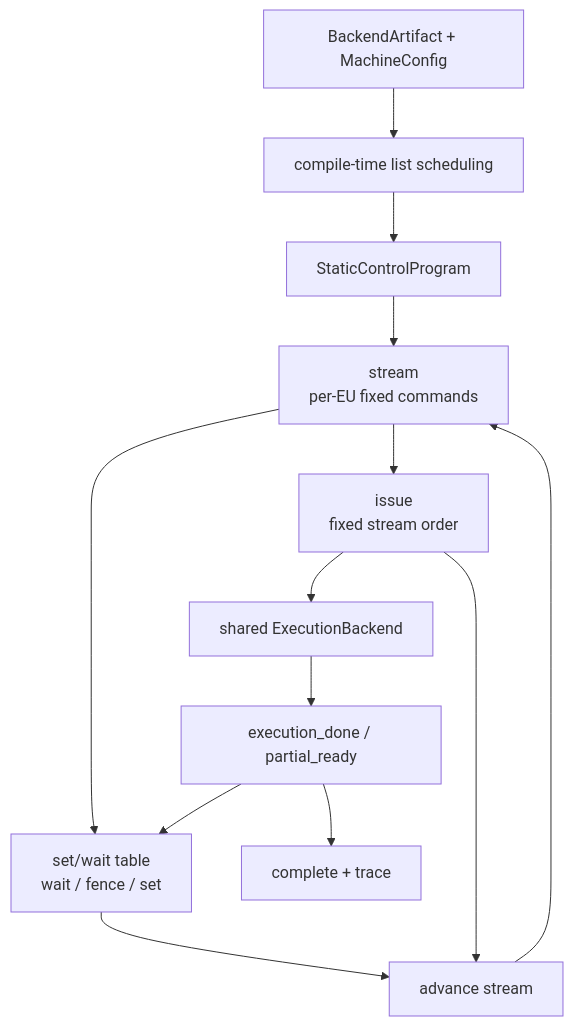
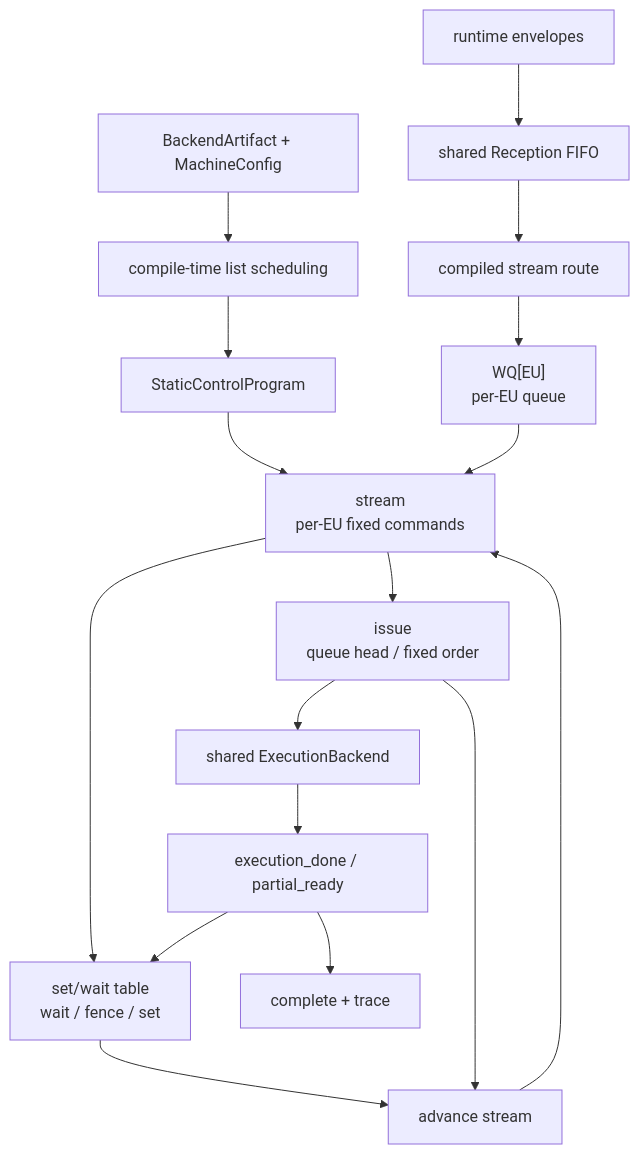
Before and after one commit to cxjiang-bk/npu-ooo-simulator: the third of 4 diagrams in docs/architecture/scheduler.md, drawn with Mermaid. The commit also changed other lines of this file and 25 other files, not shown here.

````diff
--- a/docs/architecture/scheduler.md
+++ b/docs/architecture/scheduler.md
@@ -208,15 +209,19 @@
 ```mermaid
 flowchart TB
     INPUT["BackendArtifact + MachineConfig"] --> SCHEDULE["compile-time list scheduling"]
     SCHEDULE --> PROGRAM["StaticControlProgram"]
+    RUNTIME["runtime envelopes"] --> RECEPTION["shared Reception FIFO"]
+    RECEPTION --> ROUTE["compiled stream route"]
+    ROUTE --> WQ["WQ[EU]\nper-EU queue"]
     PROGRAM --> STREAM["stream\nper-EU fixed commands"]
-    STREAM --> ISSUE["issue\nfixed stream order"]
+    WQ --> STREAM
+    STREAM --> ISSUE["issue\nqueue head / fixed order"]
     STREAM --> TABLE["set/wait table\nwait / fence / set"]
     ISSUE --> BACKEND["shared ExecutionBackend"]
     BACKEND --> FEEDBACK["execution_done / partial_ready"]
     FEEDBACK --> TABLE
     FEEDBACK --> COMPLETE["complete + trace"]
     TABLE --> ADVANCE["advance stream"]
     ISSUE --> ADVANCE
     ADVANCE --> STREAM
 ```
````
